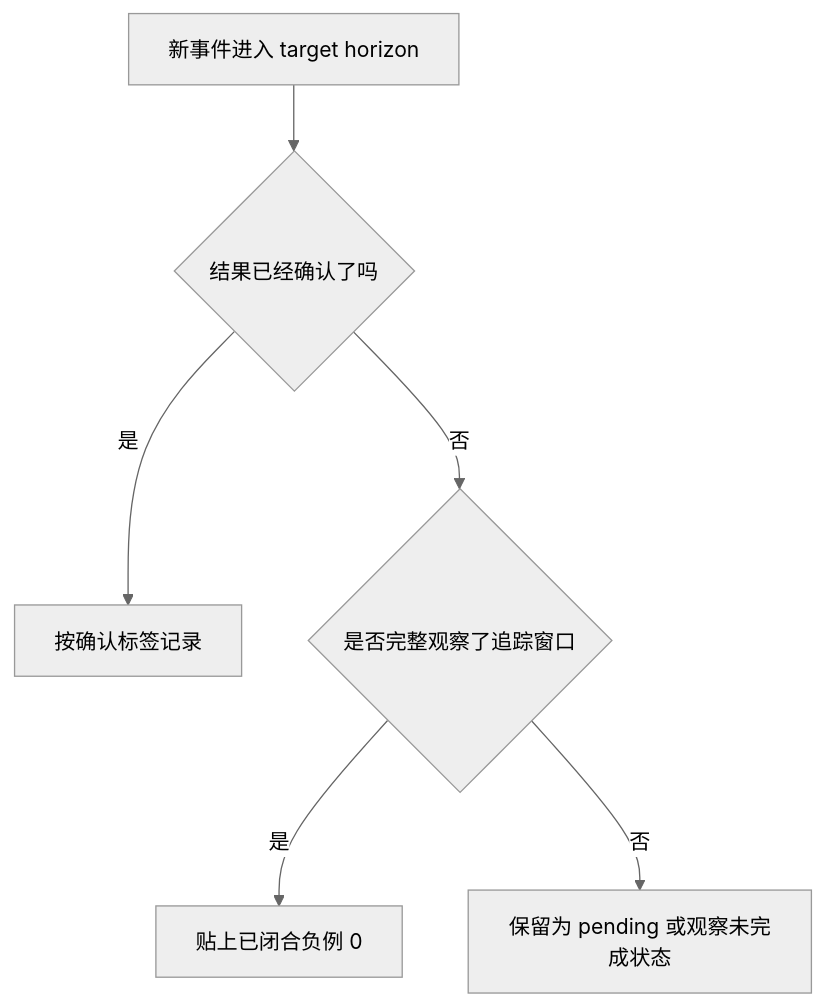
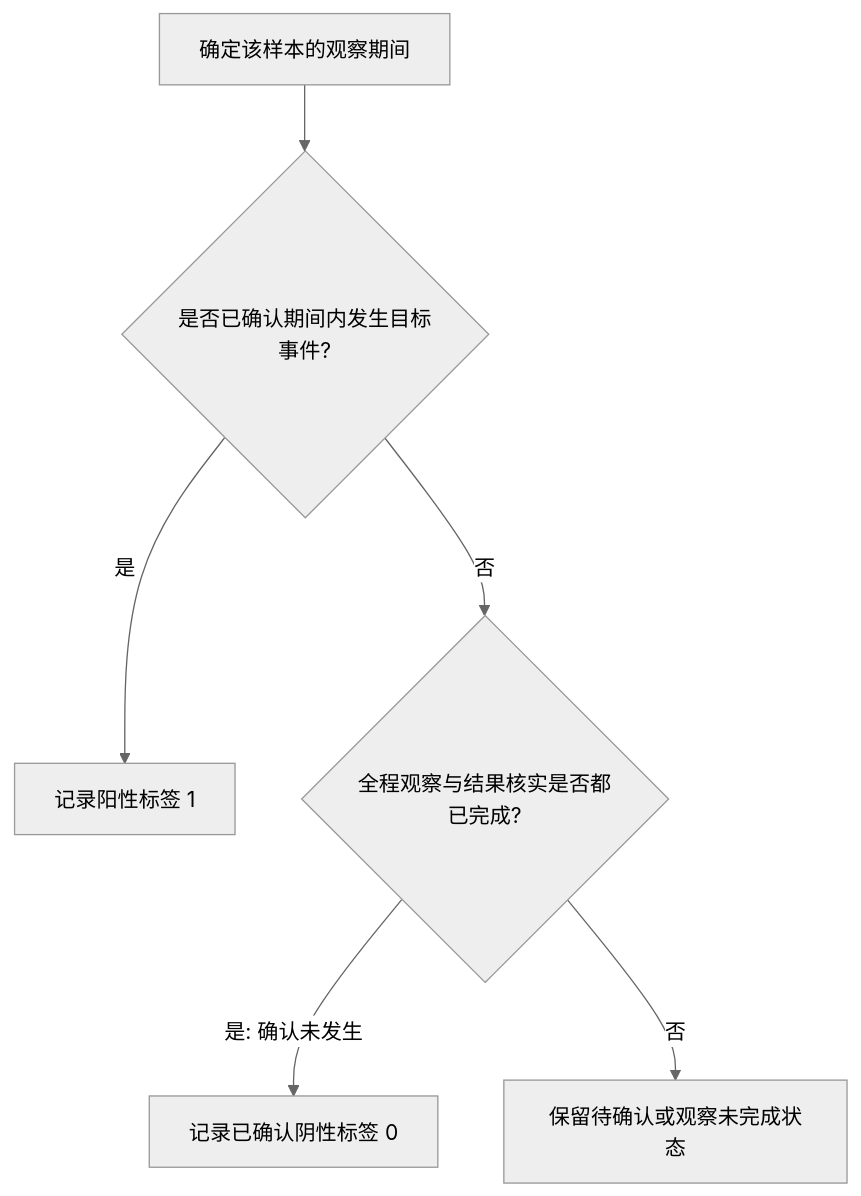
One commit to devchan64/AiBook changed the diagram in docs/assets/part-03/chapter-09/p3-9-10-mermaid-01-zh.mmd. Above: the diagram before and after it, drawn with Mermaid (neutral theme). The commit also changed 216 other files, not shown here.

Commit message:
Review Part 3 explanations and improve diagram readability

```diff
--- a/docs/assets/part-03/chapter-09/p3-9-10-mermaid-01-zh.mmd
+++ b/docs/assets/part-03/chapter-09/p3-9-10-mermaid-01-zh.mmd
@@ -1,6 +1,6 @@
 flowchart TD
-    A[新事件进入 target horizon] --> B{结果已经确认了吗}
-    B -- 是 --> C[按确认标签记录]
-    B -- 否 --> D{是否完整观察了追踪窗口}
-    D -- 是 --> E[贴上已闭合负例 0]
-    D -- 否 --> F[保留为 pending 或观察未完成状态]
+    A[确定该样本的观察期间] --> B{是否已确认期间内发生目标事件?}
+    B -->|是| C[记录阳性标签 1]
+    B -->|否| D{全程观察与结果核实是否都已完成?}
+    D -->|是: 确认未发生| E[记录已确认阴性标签 0]
+    D -->|否| F[保留待确认或观察未完成状态]
```
